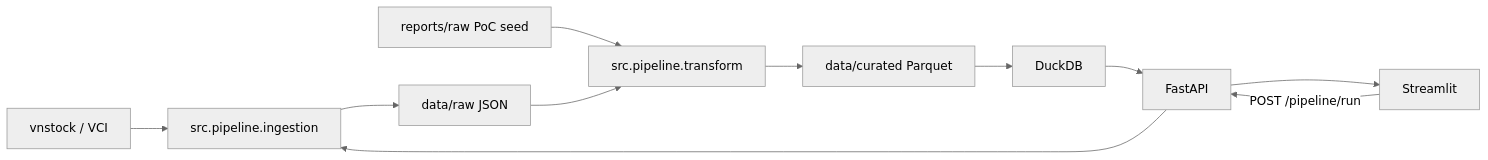
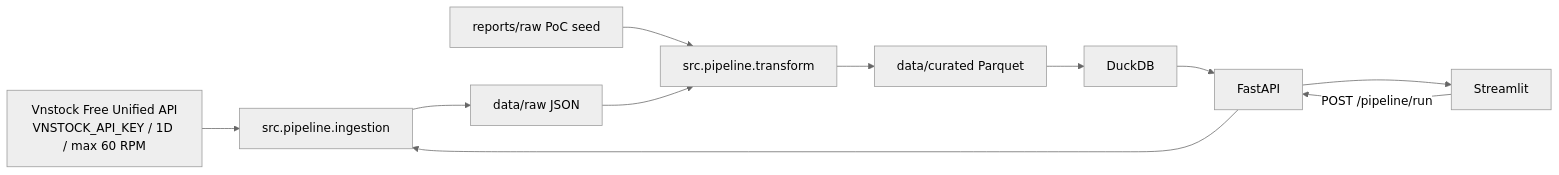
Before and after one commit to AWS-PROJECT-FCAJ-Bootcamp/Main_project: the first of 2 diagrams in docs/architecture.md, drawn with Mermaid (neutral theme). The commit also changed other lines of this file and 46 other files, not shown here.

````diff
--- a/docs/architecture.md
+++ b/docs/architecture.md
@@ -5,13 +5,13 @@
 ```mermaid
 flowchart LR
-    VCI[vnstock / VCI] --> ING[src.pipeline.ingestion]
+    VNS[Vnstock Free Unified API<br/>VNSTOCK_API_KEY / 1D / max 60 RPM] --> ING[src.pipeline.ingestion]
     ING --> RAW[data/raw JSON]
     SEED[reports/raw PoC seed] --> ETL[src.pipeline.transform]
     RAW --> ETL
     ETL --> CUR[data/curated Parquet]
     CUR --> DB[DuckDB]
     DB --> API[FastAPI]
     API --> FE[Streamlit]
     FE -->|POST /pipeline/run| API
     API --> ING
 ```
````
